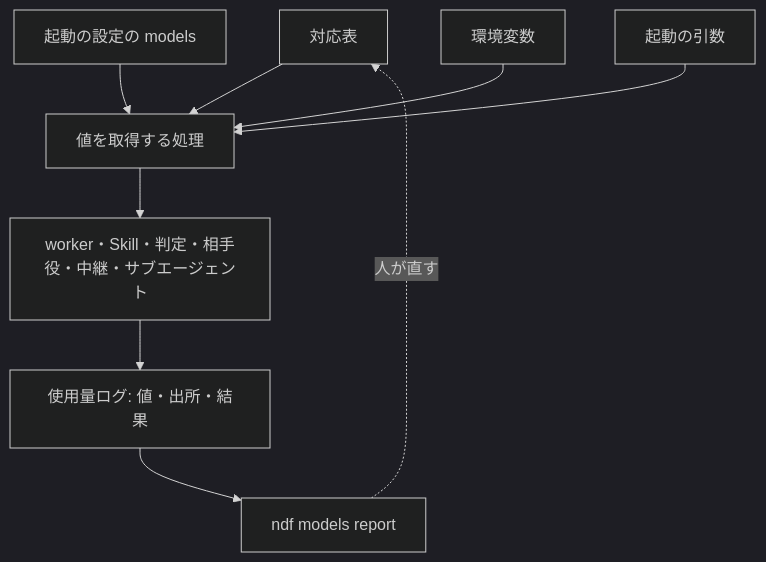
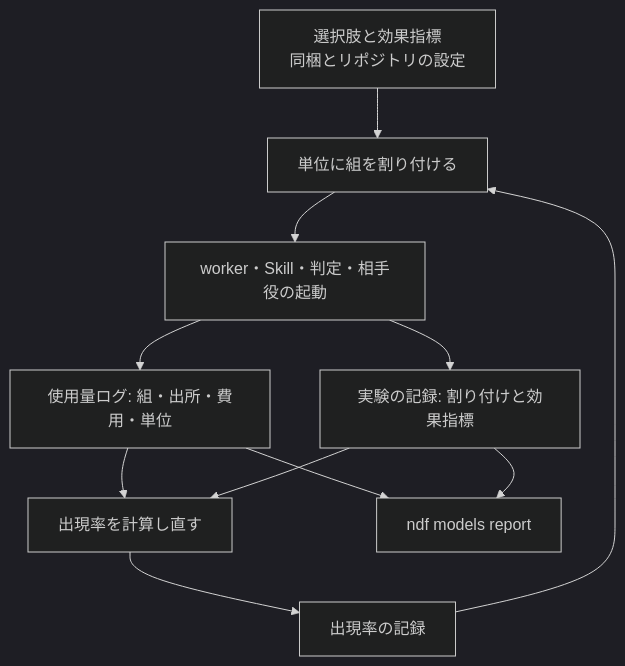
Before and after one commit to devbasex/ai-plugins: the second of 5 diagrams in issues/issue-2944-design.md, drawn with Mermaid (dark theme). The commit also changed other lines of this file and 6 other files, not shown here.

````diff
--- a/issues/issue-2944-design.md
+++ b/issues/issue-2944-design.md
@@ -50,11 +71,11 @@
 ```mermaid
 graph TD
-    T[対応表] --> R[値を取得する処理]
-    P[起動の設定の models] --> R
-    V[環境変数] --> R
-    G[起動の引数] --> R
-    R --> L[worker・Skill・判定・相手役・中継・サブエージェント]
-    L --> U[使用量ログ: 値・出所・結果]
-    U --> Q[ndf models report]
-    Q -. 人が直す .-> T
+    C[選択肢と効果指標<br>同梱とリポジトリの設定] --> P[単位に組を割り付ける]
+    W[出現率の記録] --> P
+    P --> L[worker・Skill・判定・相手役の起動]
+    L --> U[使用量ログ: 組・出所・費用・単位]
+    L --> O[実験の記録: 割り付けと効果指標]
+    U & O --> B[出現率を計算し直す]
+    B --> W
+    U & O --> R[ndf models report]
 ```
````
